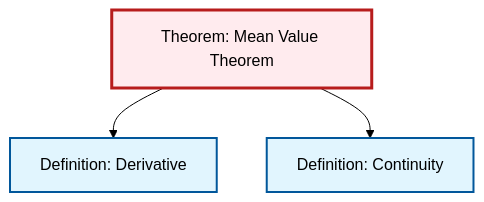
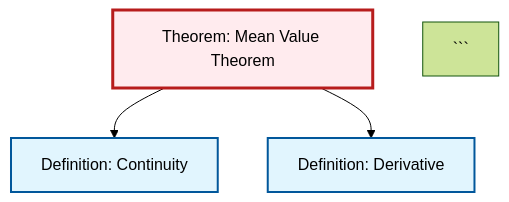
Before and after one commit to RK0429/ModernMath: the diagram in output/mermaid/thm-mean-value.mermaid, drawn with Mermaid (forest theme). The commit also changed 1183 other files, not shown here.

````diff
--- a/output/mermaid/thm-mean-value.mermaid
+++ b/output/mermaid/thm-mean-value.mermaid
@@ -1,15 +1,14 @@
-```{mermaid}
 %%| fig-cap: "Local dependency graph"
 graph TD
     classDef definition fill:#e1f5fe,stroke:#01579b,stroke-width:2px
     classDef theorem fill:#f3e5f5,stroke:#4a148c,stroke-width:2px
     classDef axiom fill:#fff3e0,stroke:#e65100,stroke-width:2px
     classDef example fill:#e8f5e9,stroke:#1b5e20,stroke-width:2px
     classDef current fill:#ffebee,stroke:#b71c1c,stroke-width:3px
+    def-derivative["Definition: Derivative"]:::definition
+    thm-mean-value["Theorem: Mean Value Theorem"]:::theorem
     def-continuity["Definition: Continuity"]:::definition
-    thm-mean-value["Theorem: Mean Value Theorem"]:::theorem
-    def-derivative["Definition: Derivative"]:::definition
+    thm-mean-value --> def-continuity
     thm-mean-value --> def-derivative
-    thm-mean-value --> def-continuity
     class thm-mean-value current
 ```
````
